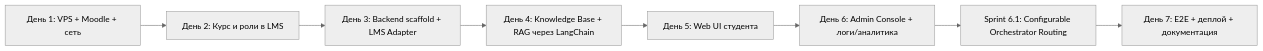
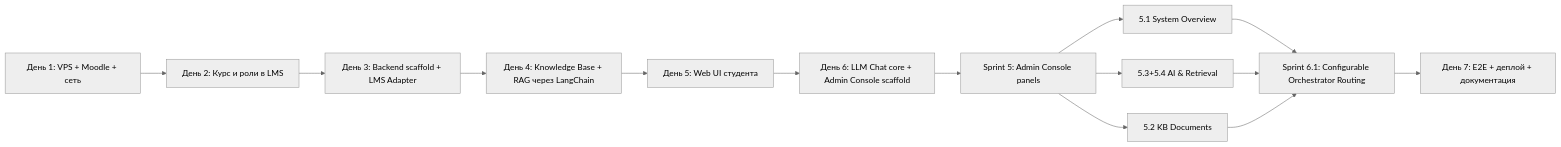
One commit to AlexLvGulyaev/AI-Curator changed the diagram in docs/IMPLEMENTATION_PLAN.md. Above: the diagram before and after it, drawn with Mermaid (neutral theme). The commit also changed other lines of this file and 31 other files, not shown here.

````diff
--- a/docs/IMPLEMENTATION_PLAN.md
+++ b/docs/IMPLEMENTATION_PLAN.md
@@ -52,10 +52,16 @@
 ```mermaid
 flowchart LR
     D1[День 1: VPS + Moodle + сеть] --> D2[День 2: Курс и роли в LMS]
     D2 --> D3[День 3: Backend scaffold + LMS Adapter]
     D3 --> D4[День 4: Knowledge Base + RAG через LangChain]
     D4 --> D5[День 5: Web UI студента]
-    D5 --> D6[День 6: Admin Console + логи/аналитика]
-    D6 --> S6_1[Sprint 6.1: Configurable Orchestrator Routing]
+    D5 --> D6[День 6: LLM Chat core + Admin Console scaffold]
+    D6 --> S5[Sprint 5: Admin Console panels]
+    S5 --> S5_1[5.1 System Overview]
+    S5 --> S5_34[5.3+5.4 AI & Retrieval]
+    S5 --> S5_2[5.2 KB Documents]
+    S5_1 --> S6_1[Sprint 6.1: Configurable Orchestrator Routing]
+    S5_34 --> S6_1
+    S5_2 --> S6_1
     S6_1 --> D7[День 7: E2E + деплой + документация]
 ```
````
